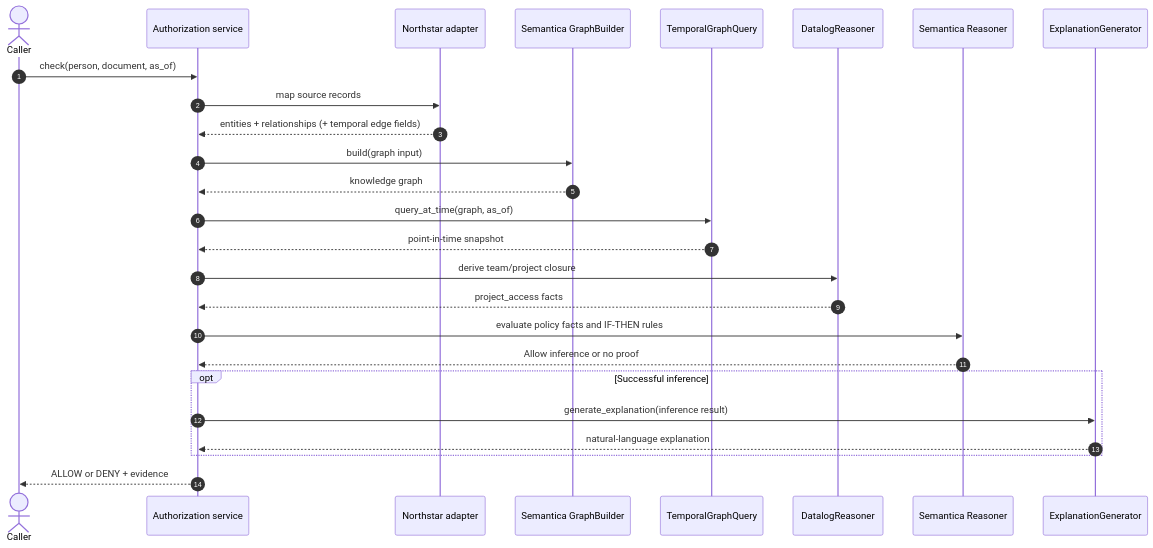
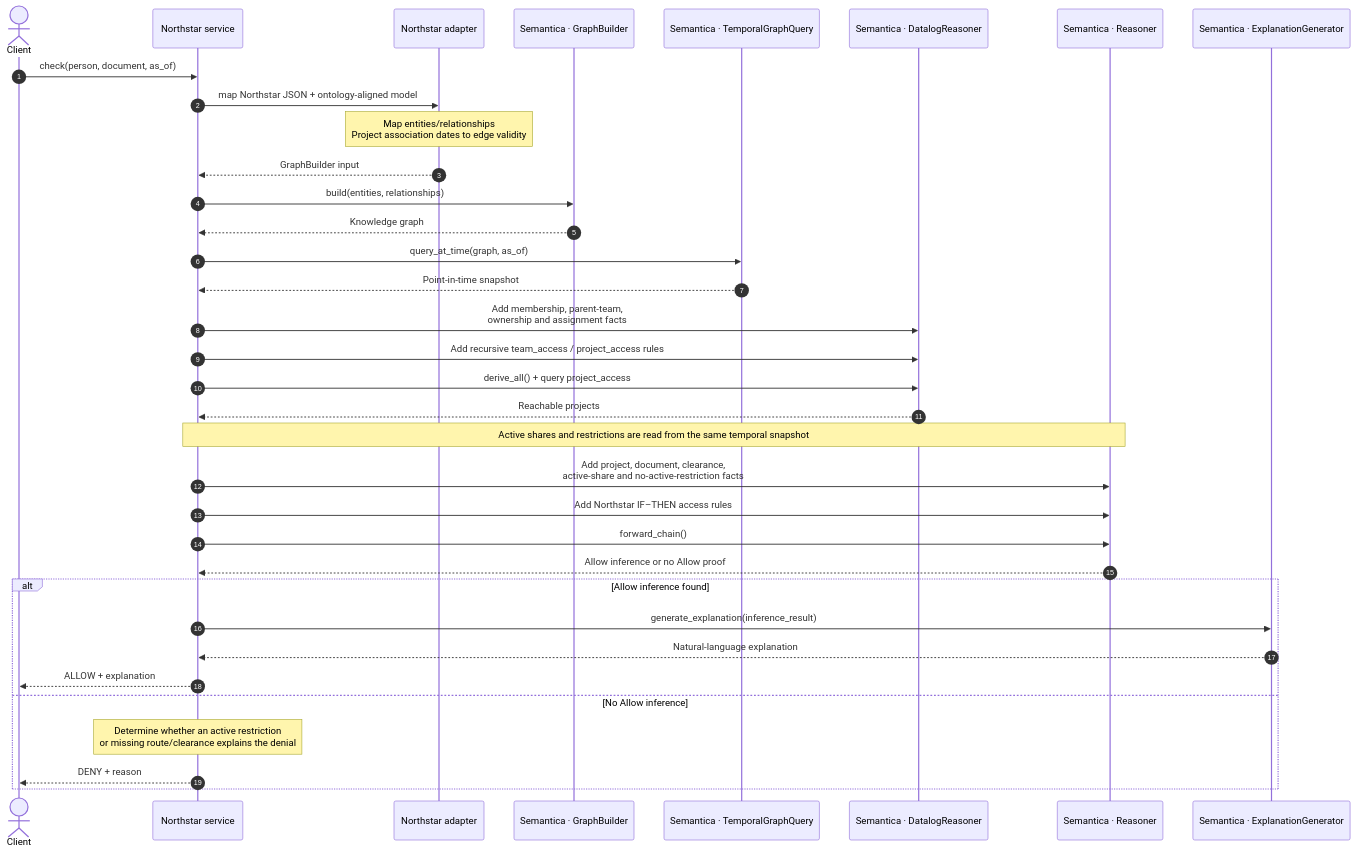
One commit to SYellur/semantica-poc changed the diagram in docs/sequence.md. Above: the diagram before and after it, drawn with Mermaid. The commit also changed other lines of this file and 2 other files, not shown here.

Commit message:
Redesign diagrams around Semantica component responsibilities

````diff
--- a/docs/sequence.md
+++ b/docs/sequence.md
@@ -3,29 +5,41 @@
 ```mermaid
 sequenceDiagram
     autonumber
-    actor Caller
-    participant Service as Authorization service
-    participant Mapper as Northstar adapter
-    participant Builder as Semantica GraphBuilder
-    participant Temporal as TemporalGraphQuery
-    participant Datalog as DatalogReasoner
-    participant Rules as Semantica Reasoner
-    participant Explain as ExplanationGenerator
+    actor Client
+    participant Service as Northstar service
+    participant Adapter as Northstar adapter
+    participant GB as Semantica · GraphBuilder
+    participant TQ as Semantica · TemporalGraphQuery
+    participant DL as Semantica · DatalogReasoner
+    participant R as Semantica · Reasoner
+    participant EG as Semantica · ExplanationGenerator
 
-    Caller->>Service: check(person, document, as_of)
-    Service->>Mapper: map source records
-    Mapper-->>Service: entities + relationships (+ temporal edge fields)
-    Service->>Builder: build(graph input)
-    Builder-->>Service: knowledge graph
-    Service->>Temporal: query_at_time(graph, as_of)
-    Temporal-->>Service: point-in-time snapshot
-    Service->>Datalog: derive team/project closure
-    Datalog-->>Service: project_access facts
-    Service->>Rules: evaluate policy facts and IF-THEN rules
-    Rules-->>Service: Allow inference or no proof
-    opt Successful inference
-        Service->>Explain: generate_explanation(inference result)
-        Explain-->>Service: natural-language explanation
+    Client->>Service: check(person, document, as_of)
+    Service->>Adapter: map Northstar JSON + ontology-aligned model
+    Note over Adapter: Map entities/relationships<br/>Project association dates to edge validity
+    Adapter-->>Service: GraphBuilder input
+    Service->>GB: build(entities, relationships)
+    GB-->>Service: Knowledge graph
+    Service->>TQ: query_at_time(graph, as_of)
+    TQ-->>Service: Point-in-time snapshot
+
+    Service->>DL: Add membership, parent-team,<br/>ownership and assignment facts
+    Service->>DL: Add recursive team_access / project_access rules
+    Service->>DL: derive_all() + query project_access
+    DL-->>Service: Reachable projects
+
+    Note over Service,R: Active shares and restrictions are read from the same temporal snapshot
+    Service->>R: Add project, document, clearance,<br/>active-share and no-active-restriction facts
+    Service->>R: Add Northstar IF–THEN access rules
+    Service->>R: forward_chain()
+    R-->>Service: Allow inference or no Allow proof
+
+    alt Allow inference found
+        Service->>EG: generate_explanation(inference_result)
+        EG-->>Service: Natural-language explanation
+        Service-->>Client: ALLOW + explanation
+    else No Allow inference
+        Note over Service: Determine whether an active restriction<br/>or missing route/clearance explains the denial
+        Service-->>Client: DENY + reason
     end
-    Service-->>Caller: ALLOW or DENY + evidence
 ```
````
